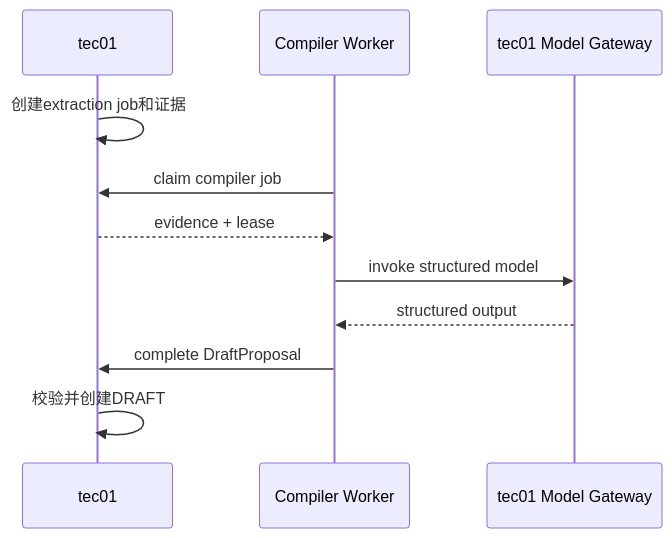
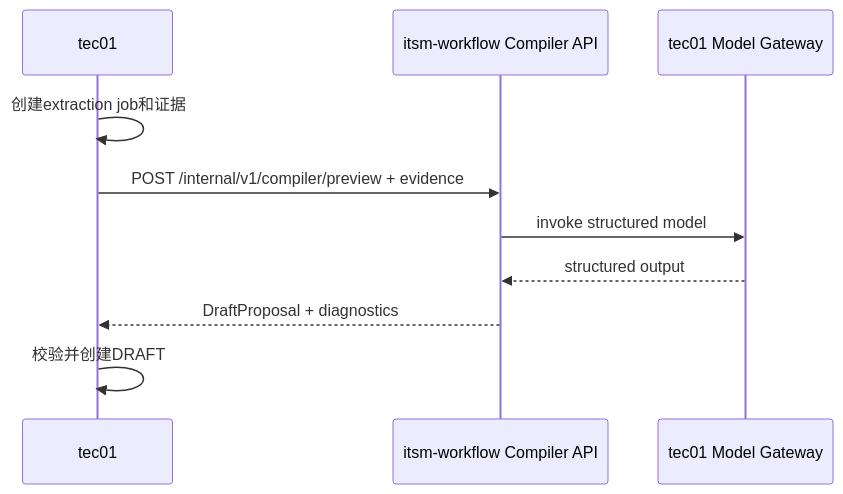
The second of 5 diagrams in docs/tec01-integration-contract.md (armin1024/itsm-workflow), drawn with Mermaid before and after one commit. The commit also changed other lines of this file and 6 other files, not shown here.

Commit message:
docs: align tec01 control and runtime flows

````diff
--- a/docs/tec01-integration-contract.md
+++ b/docs/tec01-integration-contract.md
@@ -759,13 +706,12 @@
 ```mermaid
 sequenceDiagram
     participant T as tec01
-    participant C as Compiler Worker
+    participant C as itsm-workflow Compiler API
     participant M as tec01 Model Gateway
     T->>T: 创建extraction job和证据
-    C->>T: claim compiler job
-    T-->>C: evidence + lease
+    T->>C: POST /internal/v1/compiler/preview + evidence
     C->>M: invoke structured model
     M-->>C: structured output
-    C->>T: complete DraftProposal
+    C-->>T: DraftProposal + diagnostics
     T->>T: 校验并创建DRAFT
 ```
````
